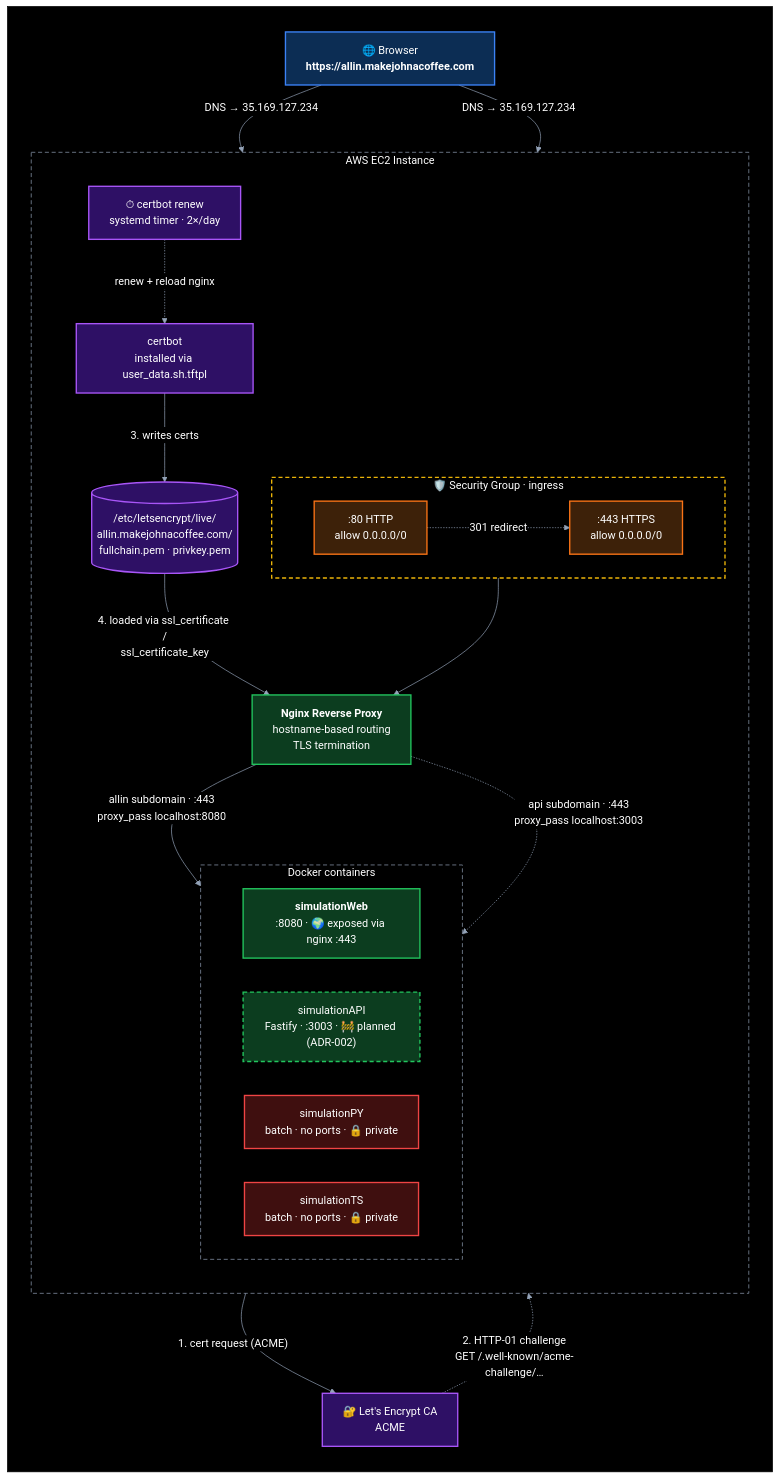
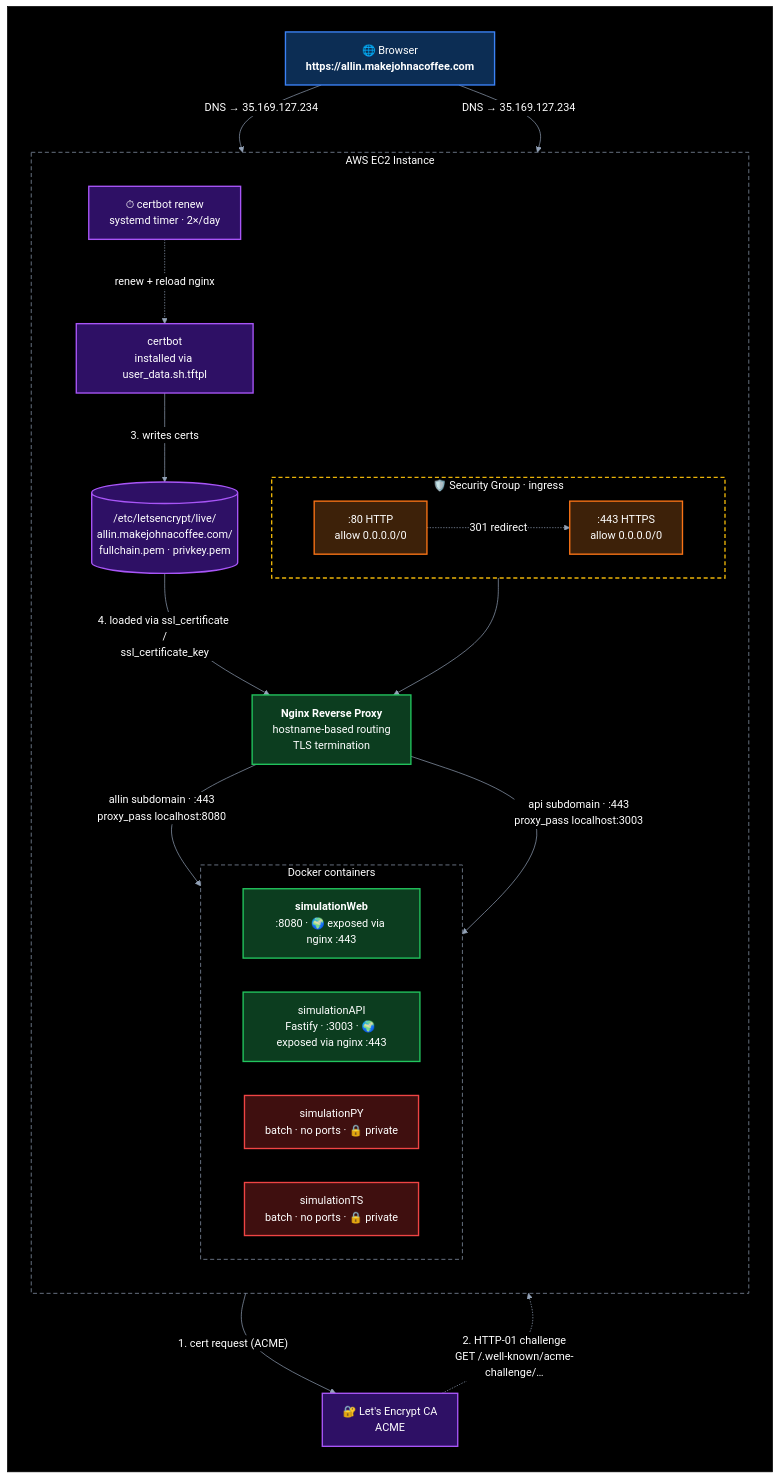
The diagram in README.md (jbframe/big-equity), drawn with Mermaid before and after one commit. The commit also changed other lines of this file and 20 other files, not shown here.

First line of the commit message:
Implement simulationAPI container + IaC its exposure (ADR-002)

````diff
--- a/README.md
+++ b/README.md
@@ -32,65 +32,65 @@
 ```mermaid
 %%{init: {'themeVariables': {'edgeLabelBackground': '#000000'}}}%%
 graph TD
     subgraph BG[" "]
     direction TB
     Client["🌐 Browser<br/><b>https://allin.makejohnacoffee.com</b>"]
     LE["🔐 Let's Encrypt CA<br/>ACME"]
 
     Client -- "DNS → 35.169.127.234" --> Port80
     Client -- "DNS → 35.169.127.234" --> Port443
 
     subgraph EC2["AWS EC2 Instance"]
         direction TB
 
         subgraph SG["🛡️ Security Group · ingress"]
             direction LR
             Port80[":80 HTTP<br/>allow 0.0.0.0/0"]
             Port443[":443 HTTPS<br/>allow 0.0.0.0/0"]
         end
         Port80 -. "301 redirect" .-> Port443
 
         Nginx["<b>Nginx Reverse Proxy</b><br/>hostname-based routing<br/>TLS termination"]
         Port443 --> Nginx
 
         Certbot["certbot<br/>installed via user_data.sh.tftpl"]
         Certs[("/etc/letsencrypt/live/<br/>allin.makejohnacoffee.com/<br/>fullchain.pem · privkey.pem")]
         Timer["⏱ certbot renew<br/>systemd timer · 2×/day"]
 
         subgraph Docker["Docker containers"]
             direction LR
             Web["<b>simulationWeb</b><br/>:8080 · 🌍 exposed via nginx :443"]
-            API["simulationAPI<br/>Fastify · :3003 · 🚧 planned (ADR-002)"]
+            API["simulationAPI<br/>Fastify · :3003 · 🌍 exposed via nginx :443"]
             PY["simulationPY<br/>batch · no ports · 🔒 private"]
             TS["simulationTS<br/>batch · no ports · 🔒 private"]
         end
 
         Nginx -- "allin subdomain · :443<br/>proxy_pass localhost:8080" --> Web
-        Nginx -. "api subdomain · :443<br/>proxy_pass localhost:3003" .-> API
+        Nginx -- "api subdomain · :443<br/>proxy_pass localhost:3003" --> API
     end
 
     Certbot -- "1. cert request (ACME)" --> LE
     LE -. "2. HTTP-01 challenge<br/>GET /.well-known/acme-challenge/…" .-> Port80
     Certbot -- "3. writes certs" --> Certs
     Certs -- "4. loaded via ssl_certificate /<br/>ssl_certificate_key" --> Nginx
     Timer -. "renew + reload nginx" .-> Certbot
     end
 
     style BG fill:#000000,stroke:#000000
     style Client fill:#0c2d54,stroke:#3b82f6,stroke-width:2px,color:#ffffff
     style LE fill:#2e1065,stroke:#a855f7,stroke-width:2px,color:#ffffff
     style Port80 fill:#3d2109,stroke:#f97316,stroke-width:2px,color:#ffffff
     style Port443 fill:#3d2109,stroke:#f97316,stroke-width:2px,color:#ffffff
     style Nginx fill:#0c3d1f,stroke:#22c55e,stroke-width:2px,color:#ffffff
     style Web fill:#0c3d1f,stroke:#22c55e,stroke-width:2px,color:#ffffff
-    style API fill:#0c3d1f,stroke:#22c55e,stroke-width:2px,stroke-dasharray:6 4,color:#ffffff
+    style API fill:#0c3d1f,stroke:#22c55e,stroke-width:2px,color:#ffffff
     style PY fill:#3f0f0f,stroke:#ef4444,stroke-width:2px,color:#ffffff
     style TS fill:#3f0f0f,stroke:#ef4444,stroke-width:2px,color:#ffffff
     style Certbot fill:#2e1065,stroke:#a855f7,stroke-width:2px,color:#ffffff
     style Certs fill:#2e1065,stroke:#a855f7,stroke-width:2px,color:#ffffff
     style Timer fill:#2e1065,stroke:#a855f7,stroke-width:2px,color:#ffffff
     style EC2 fill:transparent,stroke:#94a3b8,stroke-dasharray:6 4,color:#ffffff
     style SG fill:transparent,stroke:#eab308,stroke-dasharray:6 4,stroke-width:2px,color:#ffffff
     style Docker fill:transparent,stroke:#94a3b8,stroke-dasharray:6 4,color:#ffffff
     linkStyle default stroke:#94a3b8,color:#ffffff
 ```
````
